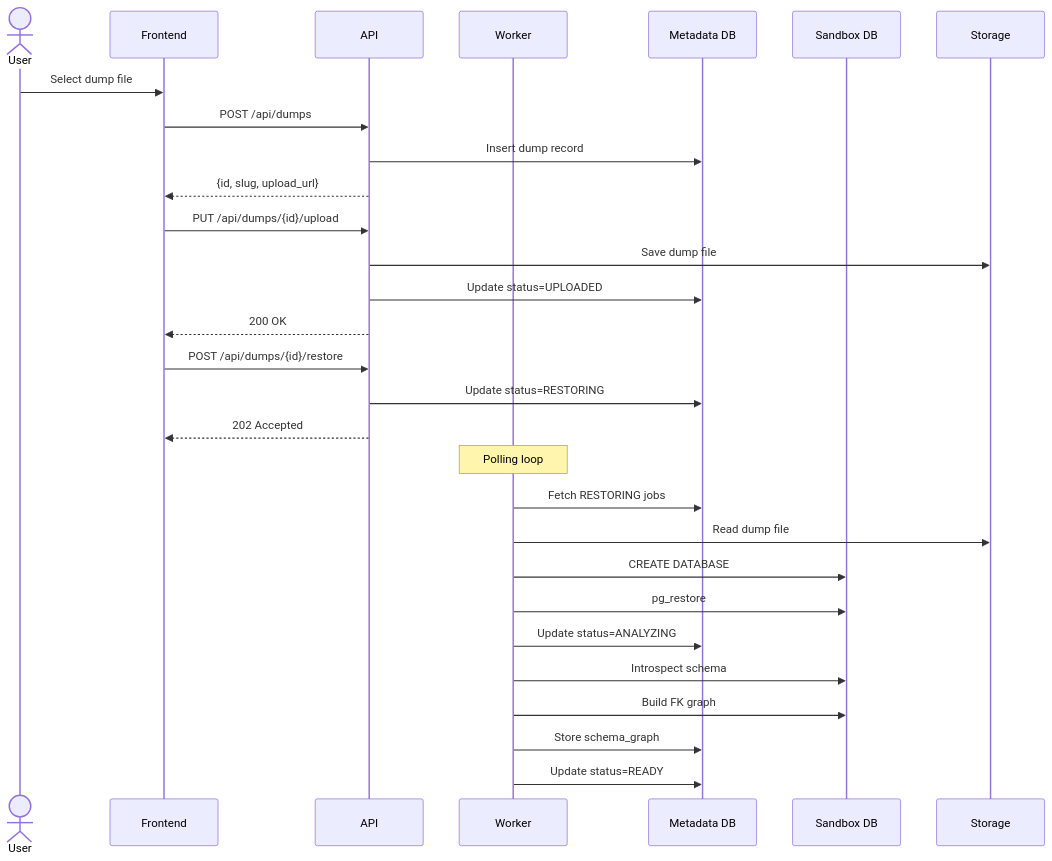
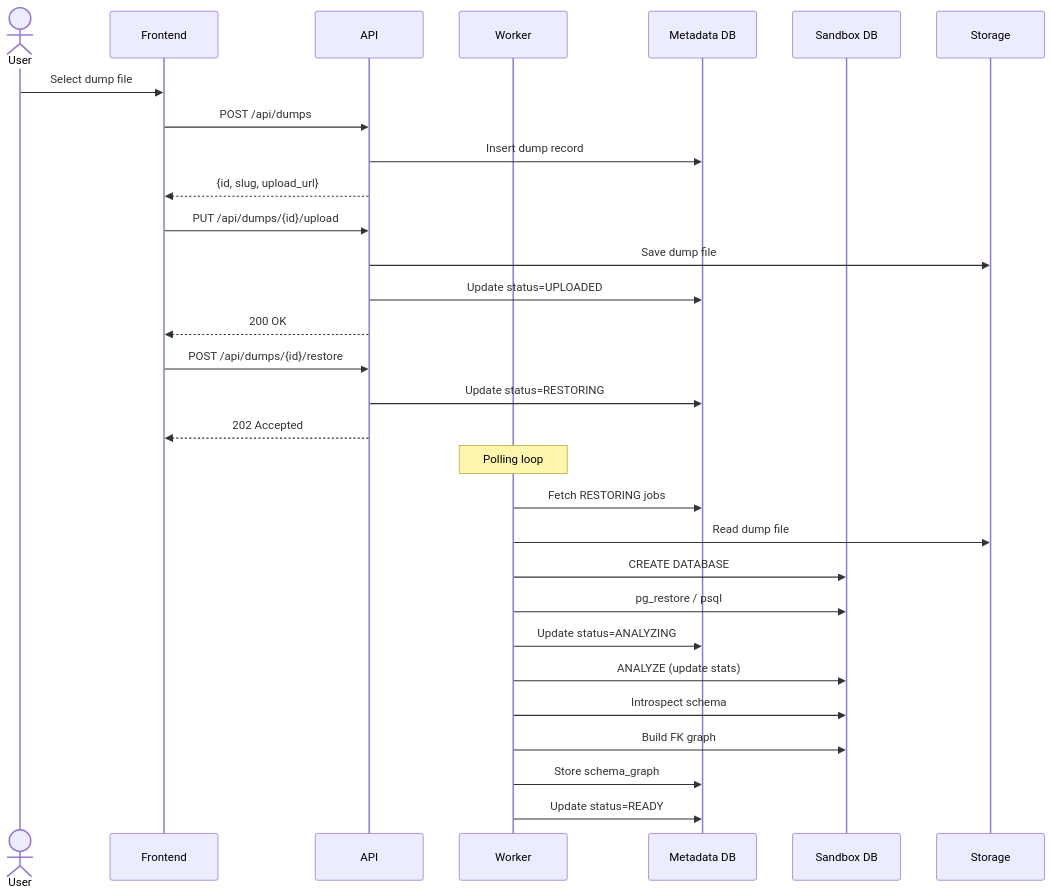
One commit to pkaiy81/PgDumpLens changed the fourth of 10 diagrams in docs/architecture.md. Above: the diagram before and after it, drawn with Mermaid. The commit also changed other lines of this file and 16 other files, not shown here.

````diff
--- a/docs/architecture.md
+++ b/docs/architecture.md
@@ -116,36 +116,37 @@
 ```mermaid
 sequenceDiagram
     actor User
     participant Frontend
     participant API
     participant Worker
     participant MetaDB as Metadata DB
     participant SandboxDB as Sandbox DB
     participant Storage
 
     User->>Frontend: Select dump file
     Frontend->>API: POST /api/dumps
     API->>MetaDB: Insert dump record
     API-->>Frontend: {id, slug, upload_url}
     
     Frontend->>API: PUT /api/dumps/{id}/upload
     API->>Storage: Save dump file
     API->>MetaDB: Update status=UPLOADED
     API-->>Frontend: 200 OK
     
     Frontend->>API: POST /api/dumps/{id}/restore
     API->>MetaDB: Update status=RESTORING
     API-->>Frontend: 202 Accepted
     
     Note over Worker: Polling loop
     Worker->>MetaDB: Fetch RESTORING jobs
     Worker->>Storage: Read dump file
     Worker->>SandboxDB: CREATE DATABASE
-    Worker->>SandboxDB: pg_restore
+    Worker->>SandboxDB: pg_restore / psql
     Worker->>MetaDB: Update status=ANALYZING
     
+    Worker->>SandboxDB: ANALYZE (update stats)
     Worker->>SandboxDB: Introspect schema
     Worker->>SandboxDB: Build FK graph
     Worker->>MetaDB: Store schema_graph
     Worker->>MetaDB: Update status=READY
 ```
````
